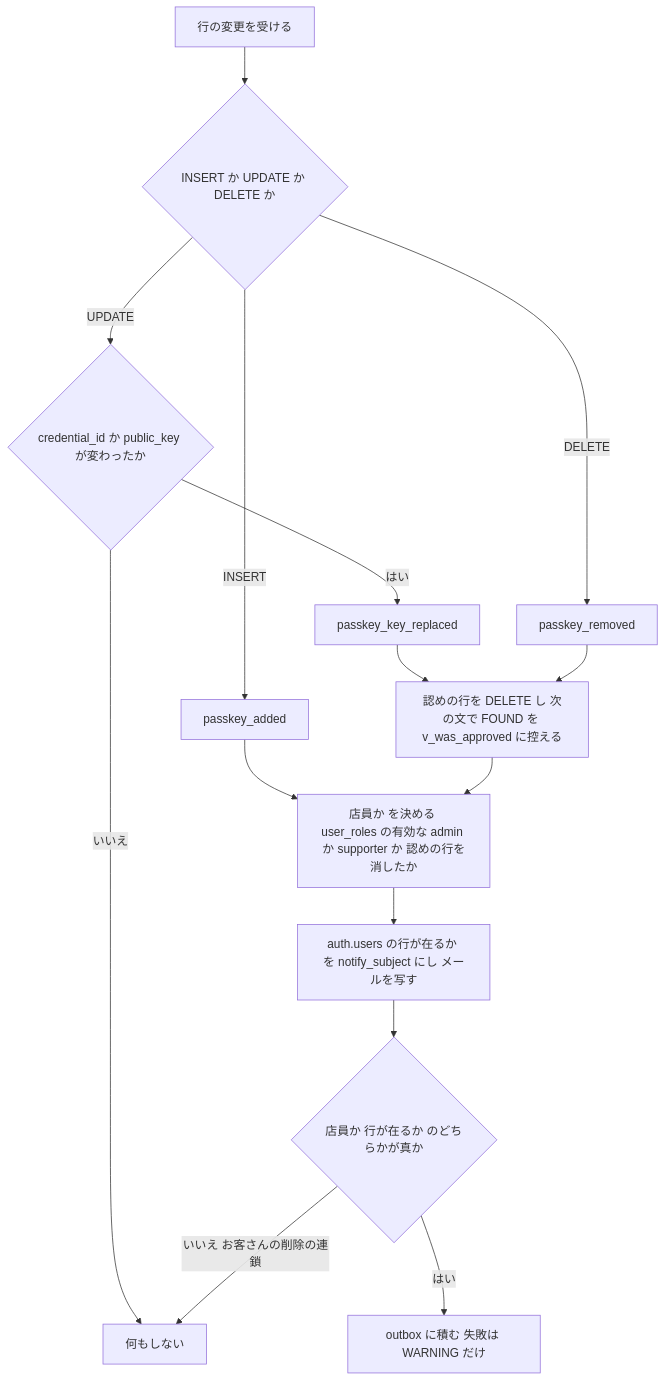
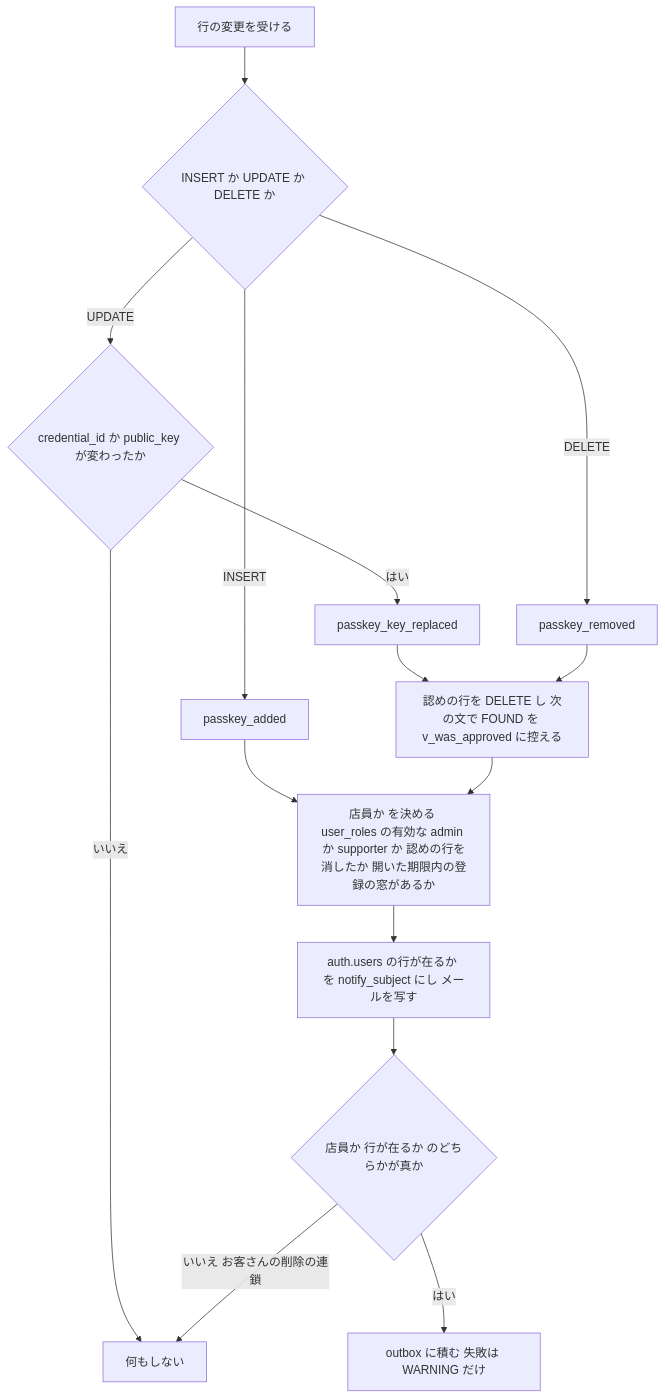
Before and after one commit to ChocoWork/o_official: the third of 7 diagrams in docs/04_DetailDesign/sequence/auth-staff-passkey-entry.md, drawn with Mermaid. The commit also changed other lines of this file and 2 other files, not shown here.

Commit message:
docs(auth): Task 2 のレビュー指摘を直す（店員の判定に招待の窓を書く）

````diff
--- a/docs/04_DetailDesign/sequence/auth-staff-passkey-entry.md
+++ b/docs/04_DetailDesign/sequence/auth-staff-passkey-entry.md
@@ -105,17 +105,17 @@
 ```mermaid
 flowchart TD
     A[行の変更を受ける] --> B{INSERT か UPDATE か DELETE か}
     B -- INSERT --> K1[passkey_added]
     B -- UPDATE --> U{credential_id か public_key が変わったか}
     U -- いいえ --> Z[何もしない]
     U -- はい --> K2[passkey_key_replaced]
     B -- DELETE --> K3[passkey_removed]
     K2 --> D[認めの行を DELETE し 次の文で FOUND を v_was_approved に控える]
     K3 --> D
     K1 --> S
-    D --> S[店員か を決める user_roles の有効な admin か supporter か 認めの行を消したか]
+    D --> S[店員か を決める user_roles の有効な admin か supporter か 認めの行を消したか 開いた期限内の登録の窓があるか]
     S --> E[auth.users の行が在るか を notify_subject にし メールを写す]
     E --> Q{店員か 行が在るか のどちらかが真か}
     Q -- いいえ お客さんの削除の連鎖 --> Z
     Q -- はい --> W[outbox に積む 失敗は WARNING だけ]
 ```
````
